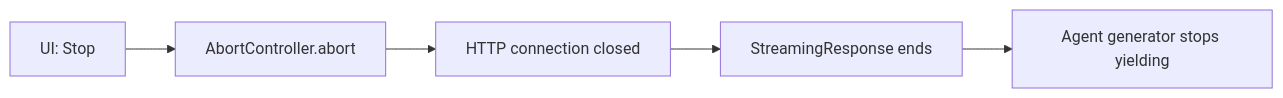
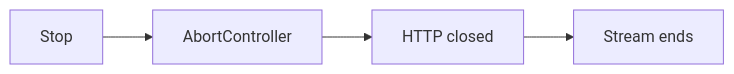
One commit to Mayerxjchen/ElectroMind changed the fourth of 4 diagrams in docs/wire-demo.md. Above: the diagram before and after it, drawn with Mermaid. The commit also changed other lines of this file and 23 other files, not shown here.

First line of the commit message:
docs: add Mermaid diagrams and fix rendering

````diff
--- a/docs/wire-demo.md
+++ b/docs/wire-demo.md
@@ -86,7 +71,6 @@
 ```mermaid
 flowchart LR
-  STOP[UI: Stop] --> ABORT[AbortController.abort]
-  ABORT --> HTTP[HTTP connection closed]
-  HTTP --> SR[StreamingResponse ends]
-  SR --> AGENT[Agent generator stops yielding]
+  S[Stop] --> A[AbortController]
+  A --> H[HTTP closed]
+  H --> E[Stream ends]
 ```
````
